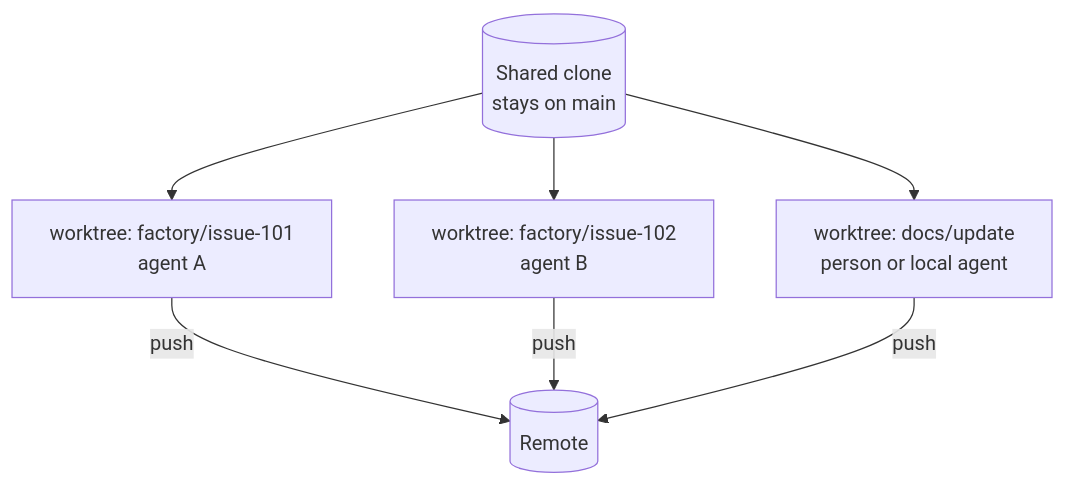
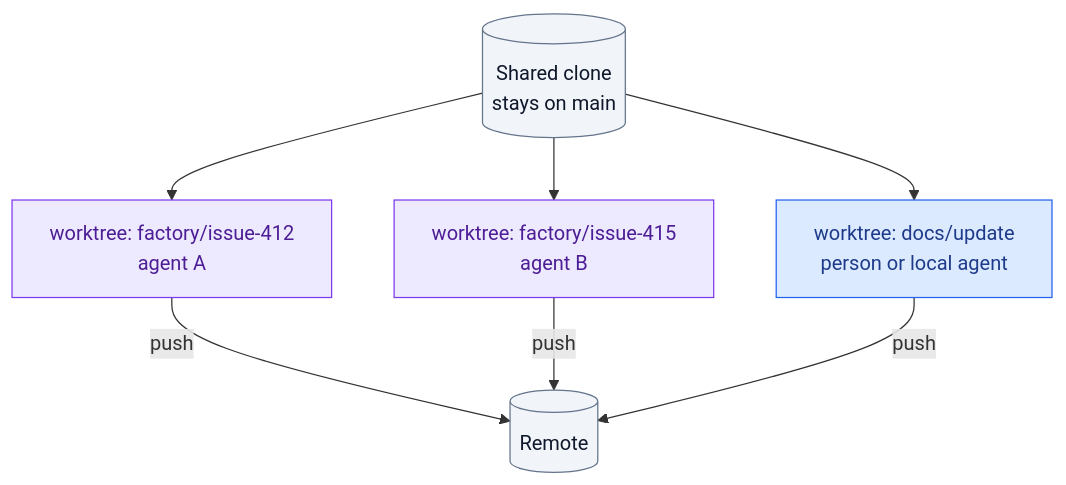
Before and after one commit to icelink-ai/software-factory-manifesto: the diagram in docs/04-sandboxes/parallel-work-isolation.md, drawn with Mermaid. The commit also changed other lines of this file and 73 other files, not shown here.

````diff
--- a/docs/04-sandboxes/parallel-work-isolation.md
+++ b/docs/04-sandboxes/parallel-work-isolation.md
@@ -26,10 +34,15 @@
 ```mermaid
 flowchart TB
-    MAIN[("Shared clone<br/>stays on main")]
-    MAIN --> W1["worktree: factory/issue-101<br/>agent A"]
-    MAIN --> W2["worktree: factory/issue-102<br/>agent B"]
-    MAIN --> W3["worktree: docs/update<br/>person or local agent"]
-    W1 -->|push| R[(Remote)]
+    MAIN[("Shared clone<br/>stays on main")]:::script
+    MAIN --> W1["worktree: factory/issue-412<br/>agent A"]:::agent
+    MAIN --> W2["worktree: factory/issue-415<br/>agent B"]:::agent
+    MAIN --> W3["worktree: docs/update<br/>person or local agent"]:::person
+    W1 -->|push| R[("Remote")]:::script
     W2 -->|push| R
     W3 -->|push| R
+    classDef person fill:#dbeafe,stroke:#2563eb,color:#1e3a8a
+    classDef script fill:#f1f5f9,stroke:#64748b,color:#0f172a
+    classDef agent fill:#ede9fe,stroke:#7c3aed,color:#4c1d95
+    classDef state fill:#dcfce7,stroke:#16a34a,color:#14532d
+    classDef stop fill:#ffedd5,stroke:#ea580c,color:#7c2d12
 ```
````
